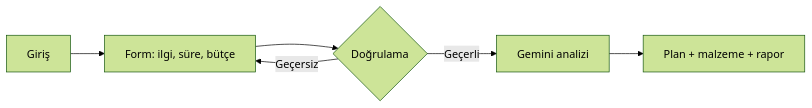
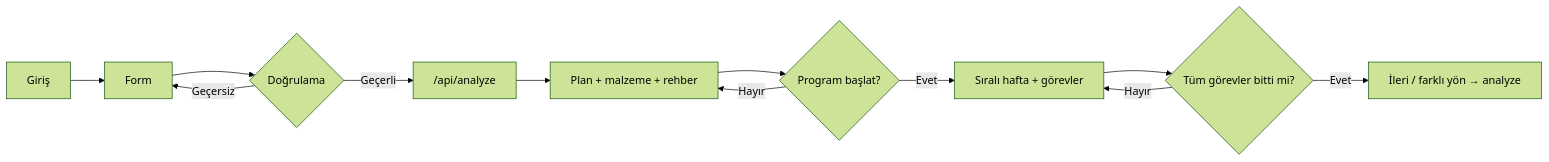
Before and after one commit to sudenurSekerci/HobbyBuddy.AI: the diagram in user-flow.md, drawn with Mermaid (forest theme). The commit also changed other lines of this file and 14 other files, not shown here.

First line of the commit message:
Program takibi, sıralı haftalar, API genişletmesi ve dokümantasyon güncellemesi

````diff
--- a/user-flow.md
+++ b/user-flow.md
@@ -57,8 +64,14 @@
 ```mermaid
 flowchart LR
-  A[Giriş] --> B[Form: ilgi, süre, bütçe]
+  A[Giriş] --> B[Form]
   B --> C{Doğrulama}
   C -->|Geçersiz| B
-  C -->|Geçerli| D[Gemini analizi]
-  D --> E[Plan + malzeme + rapor]
+  C -->|Geçerli| D["/api/analyze"]
+  D --> E[Plan + malzeme + rehber]
+  E --> F{Program başlat?}
+  F -->|Hayır| E
+  F -->|Evet| G[Sıralı hafta + görevler]
+  G --> H{Tüm görevler bitti mi?}
+  H -->|Hayır| G
+  H -->|Evet| I["İleri / farklı yön → analyze"]
 ```
````
